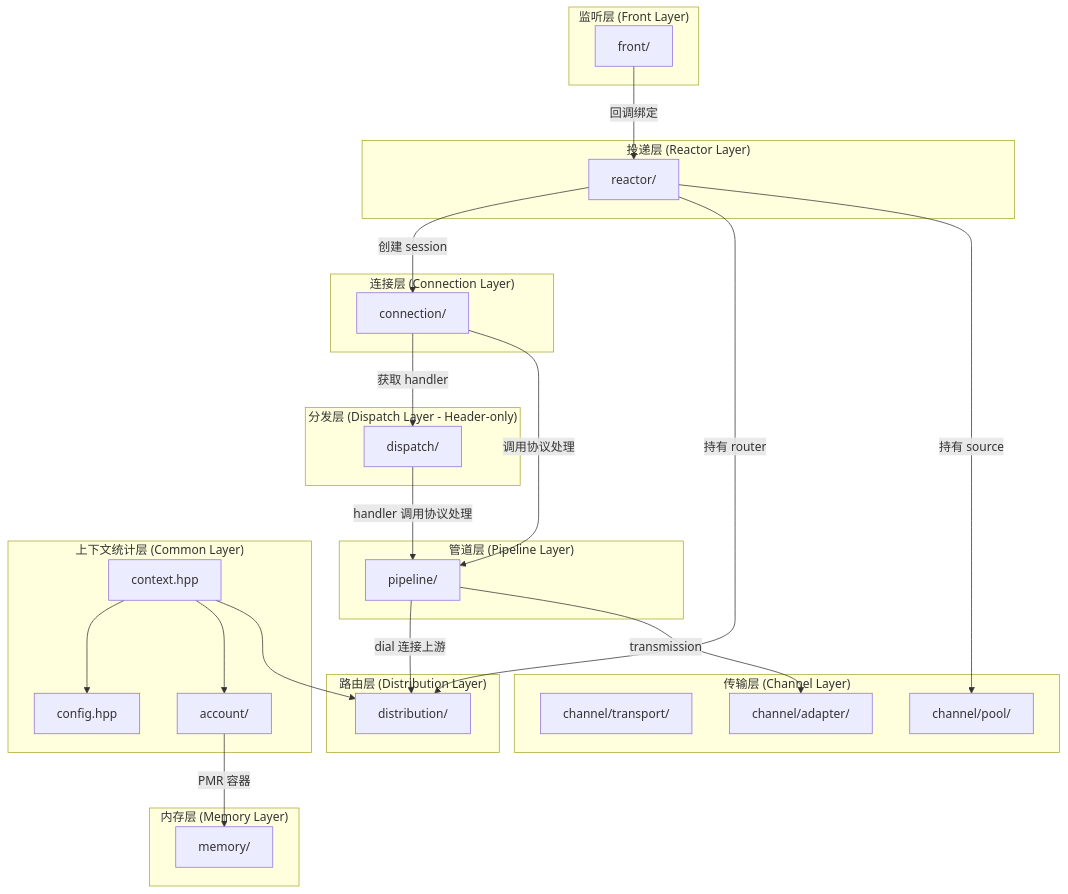
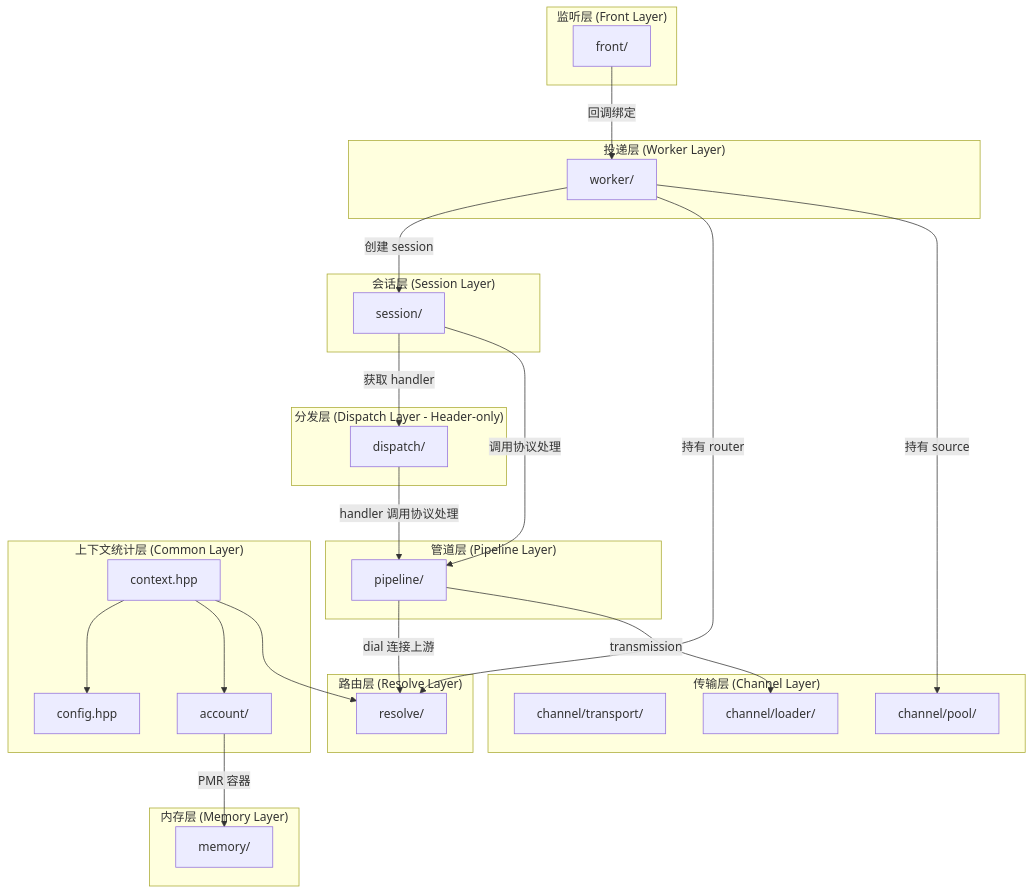
One commit to Hatedatastructures/Prism changed the first of 3 diagrams in docs/reference/dependencies.md. Above: the diagram before and after it, drawn with Mermaid. The commit also changed other lines of this file and 134 other files, not shown here.

````diff
--- a/docs/reference/dependencies.md
+++ b/docs/reference/dependencies.md
@@ -22,56 +22,56 @@
 ```mermaid
 graph TB
     subgraph "监听层 (Front Layer)"
         front[front/]
     end
 
-    subgraph "投递层 (Reactor Layer)"
-        reactor[reactor/]
+    subgraph "投递层 (Worker Layer)"
+        worker[worker/]
     end
 
-    subgraph "连接层 (Connection Layer)"
-        connection[connection/]
+    subgraph "会话层 (Session Layer)"
+        session[session/]
     end
 
     subgraph "分发层 (Dispatch Layer - Header-only)"
         dispatch[dispatch/]
     end
 
     subgraph "管道层 (Pipeline Layer)"
         pipeline[pipeline/]
     end
 
-    subgraph "路由层 (Distribution Layer)"
-        distribution[distribution/]
+    subgraph "路由层 (Resolve Layer)"
+        resolve[resolve/]
     end
 
     subgraph "传输层 (Channel Layer)"
         transport[channel/transport/]
         pool[channel/pool/]
-        adapter[channel/adapter/]
+        loader[channel/loader/]
     end
 
     subgraph "上下文统计层 (Common Layer)"
         account[account/]
         context[context.hpp]
         config[config.hpp]
     end
 
     subgraph "内存层 (Memory Layer)"
         memory[memory/]
     end
 
-    front -->|回调绑定| reactor
-    reactor -->|创建 session| connection
-    reactor -->|持有 router| distribution
-    reactor -->|持有 source| pool
-    connection -->|获取 handler| dispatch
-    connection -->|调用协议处理| pipeline
+    front -->|回调绑定| worker
+    worker -->|创建 session| session
+    worker -->|持有 router| resolve
+    worker -->|持有 source| pool
+    session -->|获取 handler| dispatch
+    session -->|调用协议处理| pipeline
     dispatch -->|handler 调用协议处理| pipeline
-    pipeline -->|dial 连接上游| distribution
-    pipeline -->|transmission| adapter
+    pipeline -->|dial 连接上游| resolve
+    pipeline -->|transmission| loader
     account -->|PMR 容器| memory
     context --> config
     context --> account
-    context --> distribution
+    context --> resolve
 ```
````
